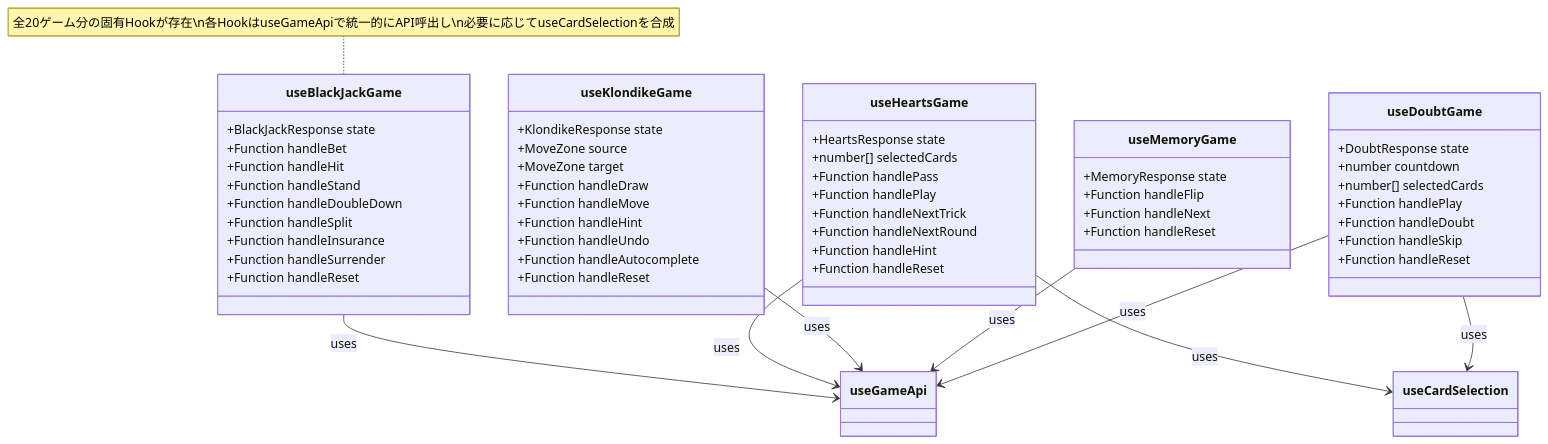
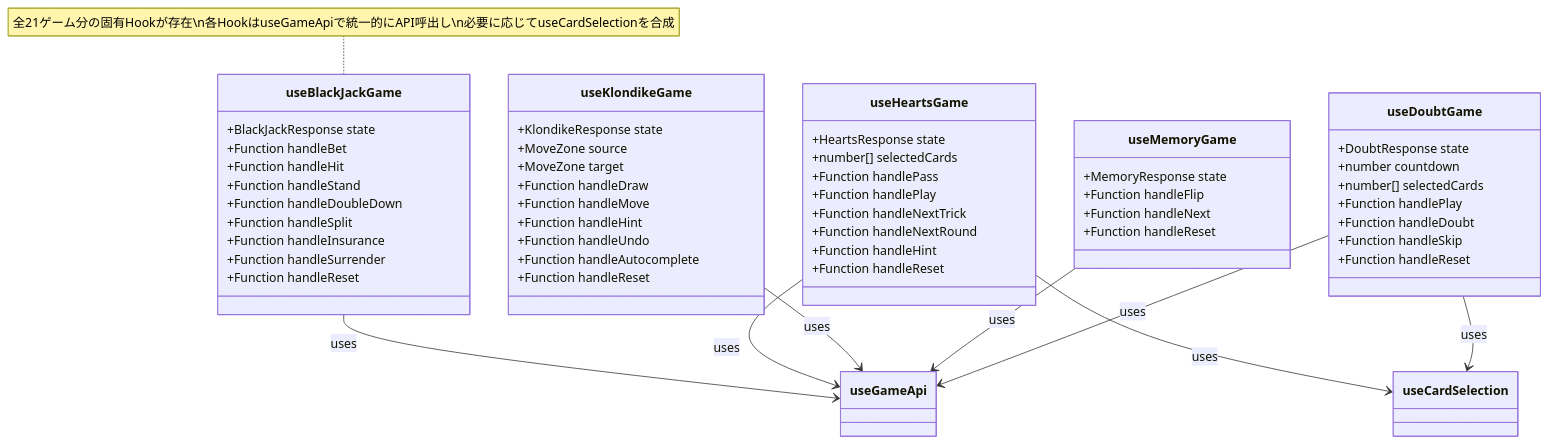
Before and after one commit to yuta-yoshinaga/go_trumpcards: the fifth of 18 diagrams in docs/design/frontend.md, drawn with Mermaid. The commit also changed other lines of this file and 51 other files, not shown here.

````diff
--- a/docs/design/frontend.md
+++ b/docs/design/frontend.md
@@ -392,64 +403,64 @@
 ```mermaid
 classDiagram
     class useBlackJackGame {
         +BlackJackResponse state
         +Function handleBet
         +Function handleHit
         +Function handleStand
         +Function handleDoubleDown
         +Function handleSplit
         +Function handleInsurance
         +Function handleSurrender
         +Function handleReset
     }
 
     class useHeartsGame {
         +HeartsResponse state
         +number[] selectedCards
         +Function handlePass
         +Function handlePlay
         +Function handleNextTrick
         +Function handleNextRound
         +Function handleHint
         +Function handleReset
     }
 
     class useKlondikeGame {
         +KlondikeResponse state
         +MoveZone source
         +MoveZone target
         +Function handleDraw
         +Function handleMove
         +Function handleHint
         +Function handleUndo
         +Function handleAutocomplete
         +Function handleReset
     }
 
     class useMemoryGame {
         +MemoryResponse state
         +Function handleFlip
         +Function handleNext
         +Function handleReset
     }
 
     class useDoubtGame {
         +DoubtResponse state
         +number countdown
         +number[] selectedCards
         +Function handlePlay
         +Function handleDoubt
         +Function handleSkip
         +Function handleReset
     }
 
     useBlackJackGame --> useGameApi : uses
     useHeartsGame --> useGameApi : uses
     useHeartsGame --> useCardSelection : uses
     useKlondikeGame --> useGameApi : uses
     useMemoryGame --> useGameApi : uses
     useDoubtGame --> useGameApi : uses
     useDoubtGame --> useCardSelection : uses
 
-    note for useBlackJackGame "全20ゲーム分の固有Hookが存在\n各HookはuseGameApiで統一的にAPI呼出し\n必要に応じてuseCardSelectionを合成"
+    note for useBlackJackGame "全21ゲーム分の固有Hookが存在\n各HookはuseGameApiで統一的にAPI呼出し\n必要に応じてuseCardSelectionを合成"
 ```
````
